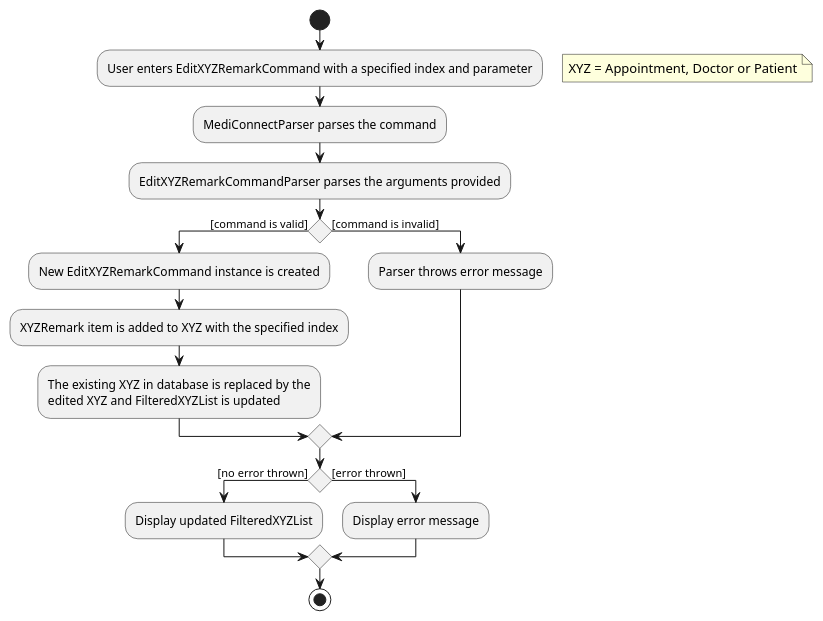
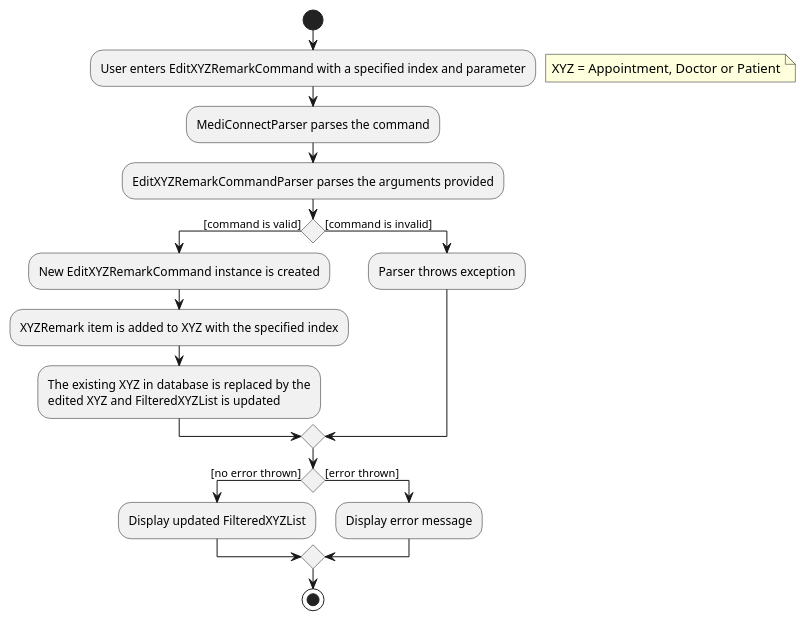
Before and after one commit to yanghengtang/tp: the diagram in docs/diagrams/EditXYZRemarkActivityDiagram.puml, drawn with PlantUML. The commit also changed 1 other file, not shown here.

Commit message:
Edit EditXYZRemarkActivityDiagram

```diff
--- a/docs/diagrams/EditXYZRemarkActivityDiagram.puml
+++ b/docs/diagrams/EditXYZRemarkActivityDiagram.puml
@@ -1,26 +1,26 @@
 @startuml
 'https://plantuml.com/activity-diagram-beta
 
 start
 :User enters EditXYZRemarkCommand with a specified index and parameter;
 floating note right
     XYZ = Appointment, Doctor or Patient
 end note
 :MediConnectParser parses the command;
 :EditXYZRemarkCommandParser parses the arguments provided;
 if () then ([command is valid])
   :New EditXYZRemarkCommand instance is created;
   :XYZRemark item is added to XYZ with the specified index;
   :The existing XYZ in database is replaced by the
   edited XYZ and FilteredXYZList is updated;
 else ([command is invalid])
-  :Parser throws error message;
+  :Parser throws exception;
 endif
 if () then ([no error thrown])
   :Display updated FilteredXYZList;
 else ([error thrown])
   :Display error message;
 endif
 stop
 
 @enduml
```
